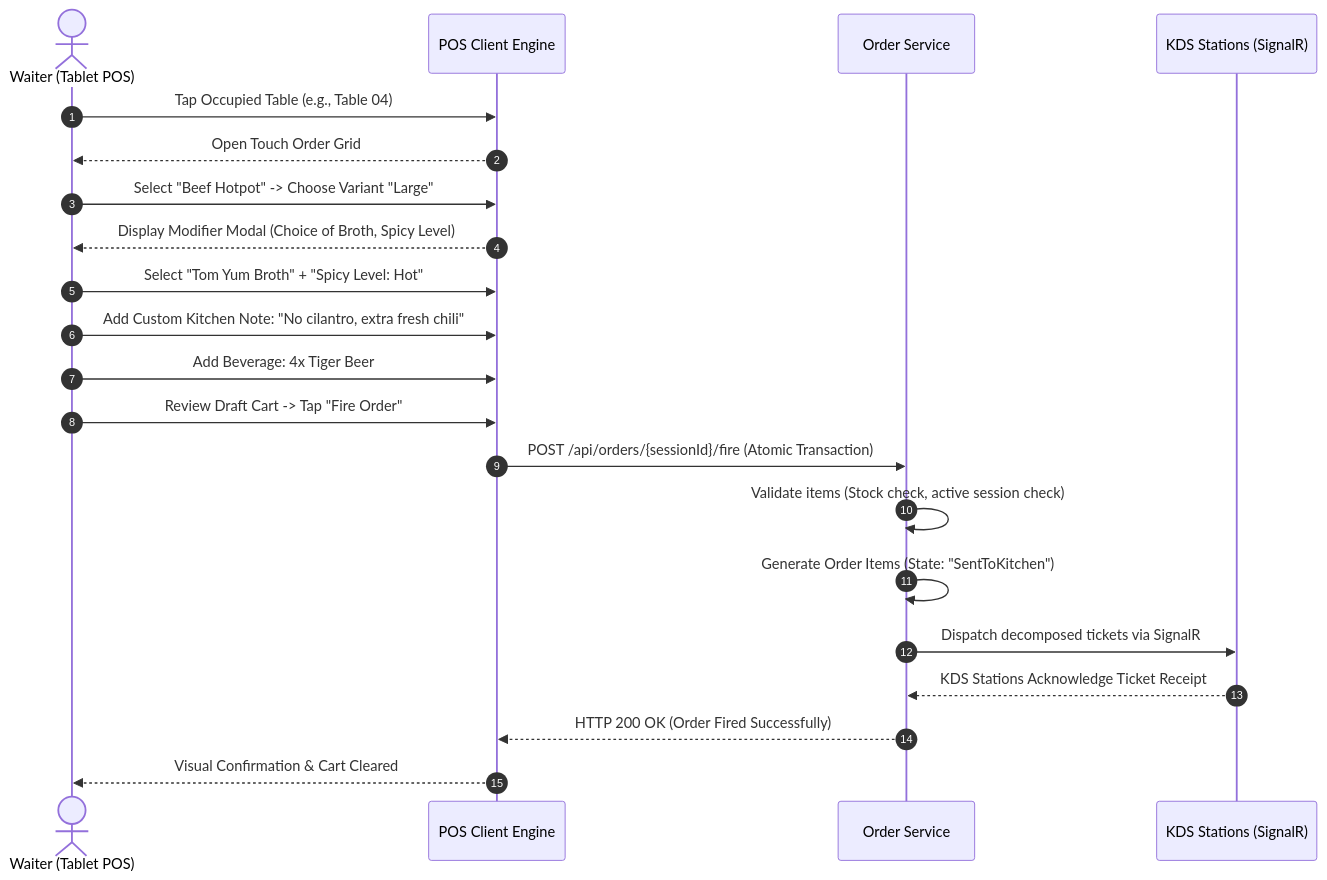
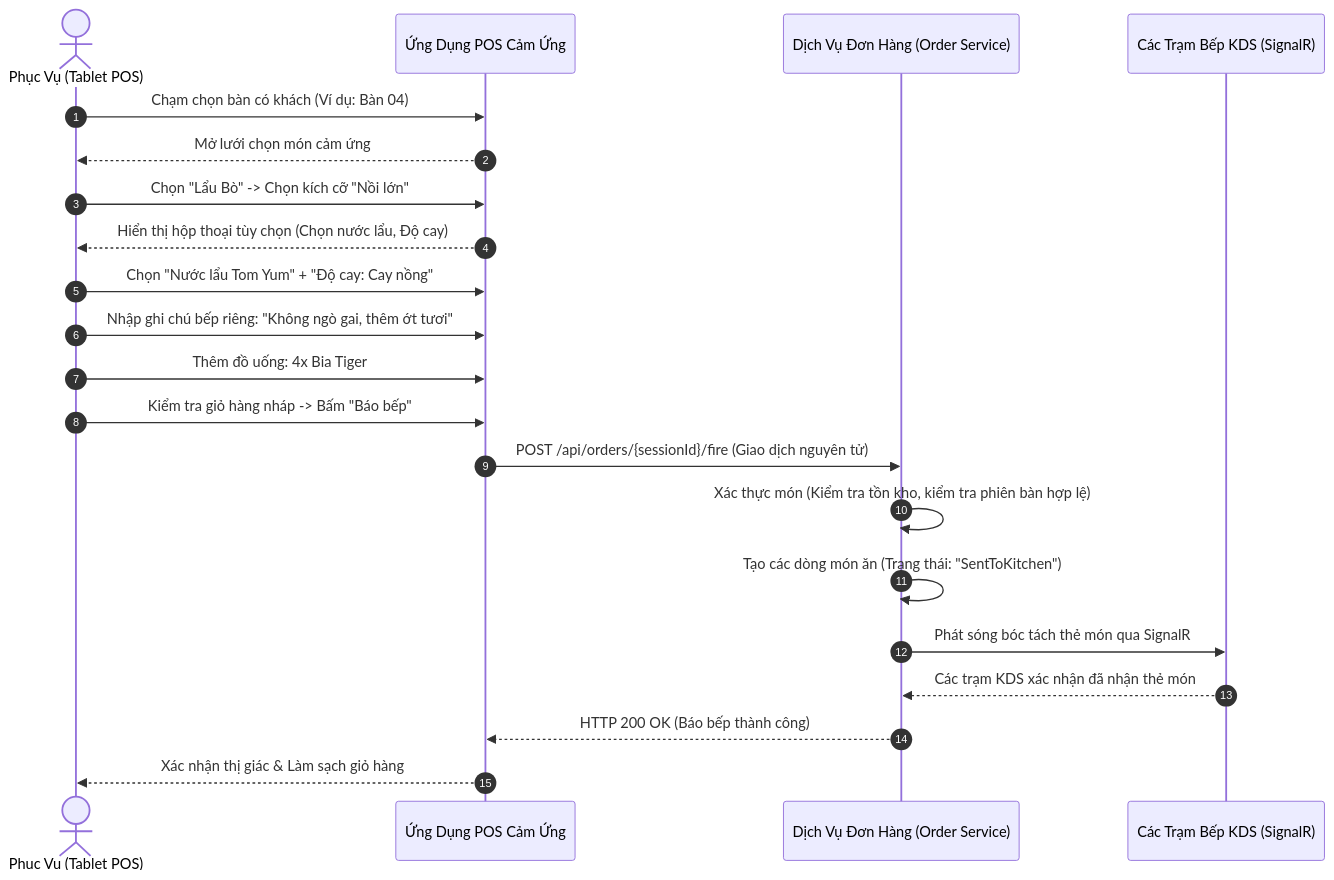
One commit to dieudoanhut2002/SmartRestaurant changed the second of 3 diagrams in docs/product/workflows/ORDER-WORKFLOW.md. Above: the diagram before and after it, drawn with Mermaid. The commit also changed other lines of this file and 40 other files, not shown here.

````diff
--- a/docs/product/workflows/ORDER-WORKFLOW.md
+++ b/docs/product/workflows/ORDER-WORKFLOW.md
@@ -36,24 +37,24 @@
 ```mermaid
 sequenceDiagram
     autonumber
-    actor Waiter as Waiter (Tablet POS)
-    participant POS as POS Client Engine
-    participant API as Order Service
-    participant KDS as KDS Stations (SignalR)
+    actor Waiter as Phục Vụ (Tablet POS)
+    participant POS as Ứng Dụng POS Cảm Ứng
+    participant API as Dịch Vụ Đơn Hàng (Order Service)
+    participant KDS as Các Trạm Bếp KDS (SignalR)
 
-    Waiter->>POS: Tap Occupied Table (e.g., Table 04)
-    POS-->>Waiter: Open Touch Order Grid
-    Waiter->>POS: Select "Beef Hotpot" -> Choose Variant "Large"
-    POS-->>Waiter: Display Modifier Modal (Choice of Broth, Spicy Level)
-    Waiter->>POS: Select "Tom Yum Broth" + "Spicy Level: Hot"
-    Waiter->>POS: Add Custom Kitchen Note: "No cilantro, extra fresh chili"
-    Waiter->>POS: Add Beverage: 4x Tiger Beer
-    Waiter->>POS: Review Draft Cart -> Tap "Fire Order"
-    POS->>API: POST /api/orders/{sessionId}/fire (Atomic Transaction)
-    API->>API: Validate items (Stock check, active session check)
-    API->>API: Generate Order Items (State: "SentToKitchen")
-    API->>KDS: Dispatch decomposed tickets via SignalR
-    KDS-->>API: KDS Stations Acknowledge Ticket Receipt
-    API-->>POS: HTTP 200 OK (Order Fired Successfully)
-    POS-->>Waiter: Visual Confirmation & Cart Cleared
+    Waiter->>POS: Chạm chọn bàn có khách (Ví dụ: Bàn 04)
+    POS-->>Waiter: Mở lưới chọn món cảm ứng
+    Waiter->>POS: Chọn "Lẩu Bò" -> Chọn kích cỡ "Nồi lớn"
+    POS-->>Waiter: Hiển thị hộp thoại tùy chọn (Chọn nước lẩu, Độ cay)
+    Waiter->>POS: Chọn "Nước lẩu Tom Yum" + "Độ cay: Cay nồng"
+    Waiter->>POS: Nhập ghi chú bếp riêng: "Không ngò gai, thêm ớt tươi"
+    Waiter->>POS: Thêm đồ uống: 4x Bia Tiger
+    Waiter->>POS: Kiểm tra giỏ hàng nháp -> Bấm "Báo bếp"
+    POS->>API: POST /api/orders/{sessionId}/fire (Giao dịch nguyên tử)
+    API->>API: Xác thực món (Kiểm tra tồn kho, kiểm tra phiên bàn hợp lệ)
+    API->>API: Tạo các dòng món ăn (Trạng thái: "SentToKitchen")
+    API->>KDS: Phát sóng bóc tách thẻ món qua SignalR
+    KDS-->>API: Các trạm KDS xác nhận đã nhận thẻ món
+    API-->>POS: HTTP 200 OK (Báo bếp thành công)
+    POS-->>Waiter: Xác nhận thị giác & Làm sạch giỏ hàng
 ```
````
